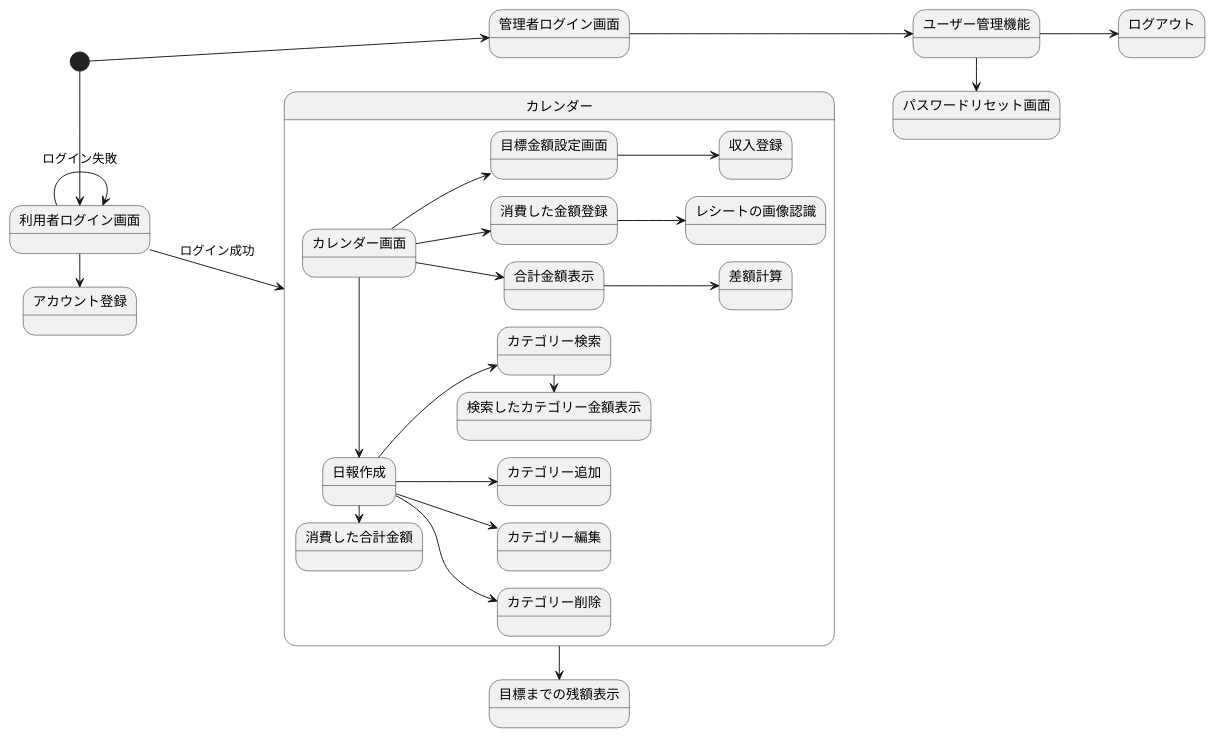
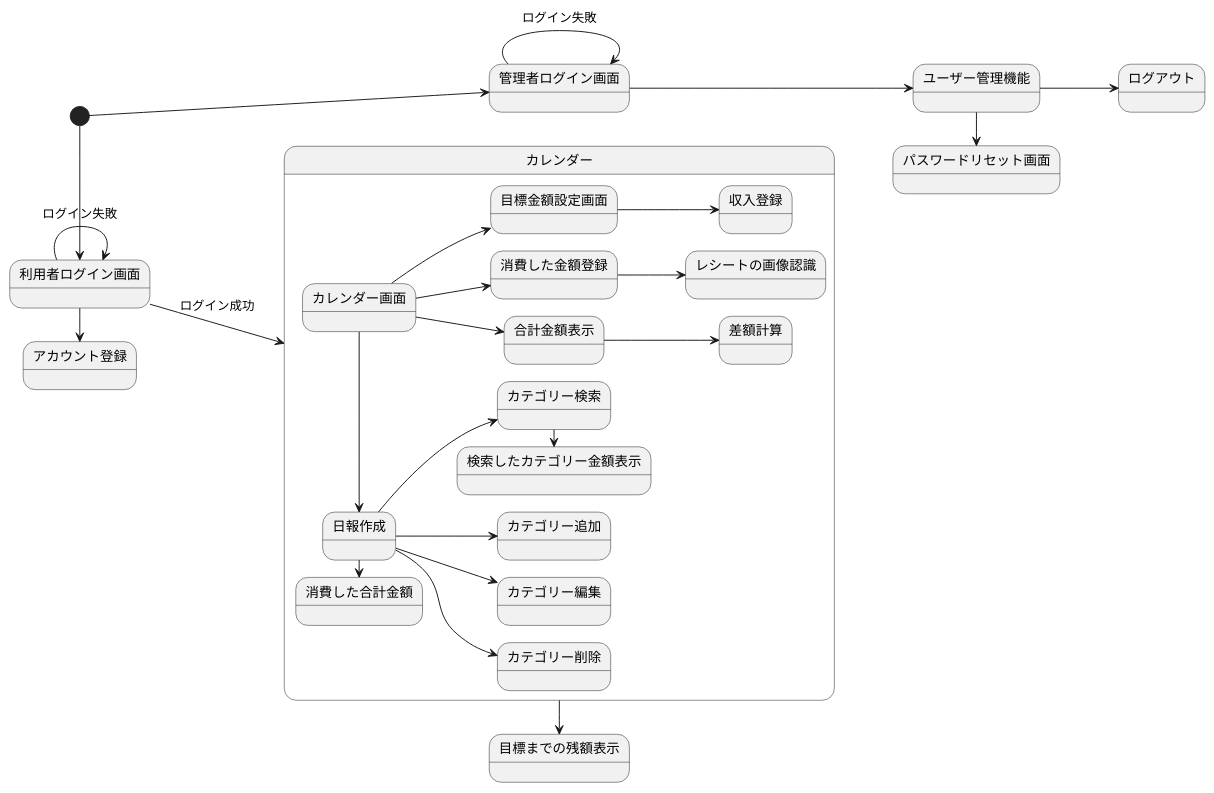
Before and after one commit to masakan590/uml-introduction: the diagram in Screen_transition_diagram.pu, drawn with PlantUML.

Commit message:
追加

```diff
--- a/Screen_transition_diagram.pu
+++ b/Screen_transition_diagram.pu
@@ -1,33 +1,33 @@
 @startuml 画面遷移図
 left to right direction
 [*] -> 利用者ログイン画面
 [*] --> 管理者ログイン画面
 
 利用者ログイン画面 -> アカウント登録 
 管理者ログイン画面 --> ユーザー管理機能
-
+管理者ログイン画面 -> 管理者ログイン画面 :ログイン失敗
 ユーザー管理機能 -> パスワードリセット画面
 ユーザー管理機能 --> ログアウト
 
 利用者ログイン画面 -> 利用者ログイン画面 :ログイン失敗
 
 利用者ログイン画面 --> カレンダー :ログイン成功
 
 state カレンダー {
     カレンダー画面 --> 目標金額設定画面
     カレンダー画面 -> 日報作成
     カレンダー画面 --> 消費した金額登録
     目標金額設定画面 --> 収入登録
     日報作成 --> カテゴリー追加
     日報作成 --> カテゴリー編集
     日報作成 --> カテゴリー削除
     日報作成 --> カテゴリー検索
     カテゴリー検索 -> 検索したカテゴリー金額表示
     消費した金額登録 --> レシートの画像認識
     日報作成 -> 消費した合計金額
     カレンダー画面 --> 合計金額表示
     合計金額表示 --> 差額計算
 
 }
 カレンダー -> 目標までの残額表示
 @enduml
```
